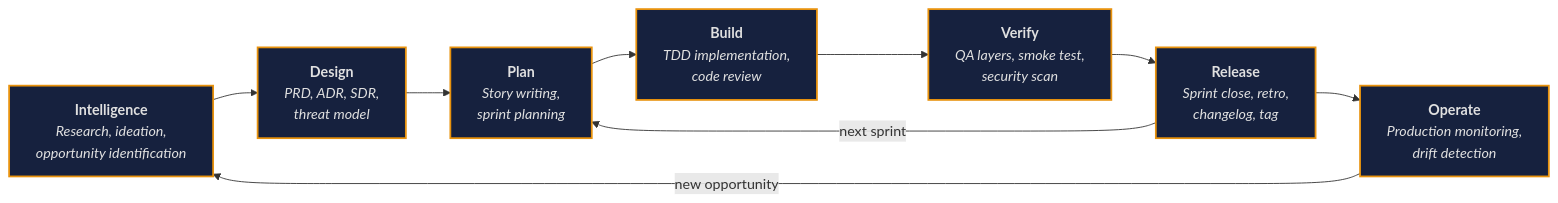
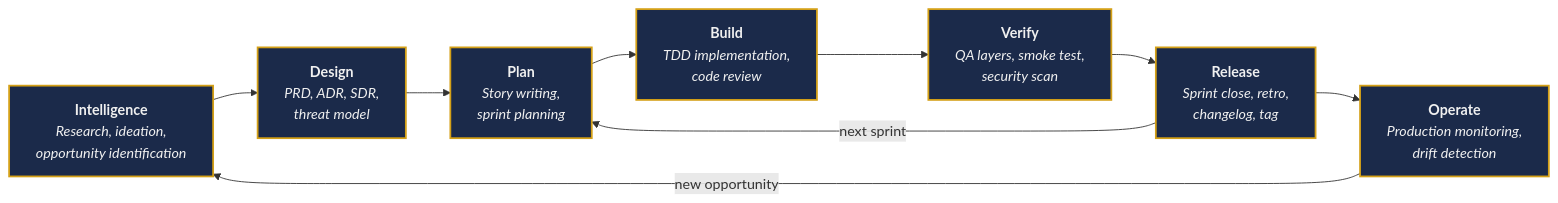
The first of 4 diagrams in docs/reference/lifecycle.md (originalrgsec/open-workspace-builder), drawn with Mermaid before and after one commit. The commit also changed other lines of this file and 19 other files, not shown here.

````diff
--- a/docs/reference/lifecycle.md
+++ b/docs/reference/lifecycle.md
@@ -11,16 +11,16 @@
 ```mermaid
 graph LR
     P1["<b>Intelligence</b><br/><i>Research, ideation,<br/>opportunity identification</i>"]:::phase
     P2["<b>Design</b><br/><i>PRD, ADR, SDR,<br/>threat model</i>"]:::phase
     P3["<b>Plan</b><br/><i>Story writing,<br/>sprint planning</i>"]:::phase
     P4["<b>Build</b><br/><i>TDD implementation,<br/>code review</i>"]:::phase
     P5["<b>Verify</b><br/><i>QA layers, smoke test,<br/>security scan</i>"]:::phase
     P6["<b>Release</b><br/><i>Sprint close, retro,<br/>changelog, tag</i>"]:::phase
     P7["<b>Operate</b><br/><i>Production monitoring,<br/>drift detection</i>"]:::phase
 
     P1 --> P2 --> P3 --> P4 --> P5 --> P6 --> P7
     P6 -->|"next sprint"| P3
     P7 -->|"new opportunity"| P1
 
-    classDef phase fill:#16213E,color:#E0E0E0,stroke:#E8920D,stroke-width:2px
+    classDef phase fill:#1B2A4A,color:#F0F0F0,stroke:#D4A017,stroke-width:2px
 ```
````
